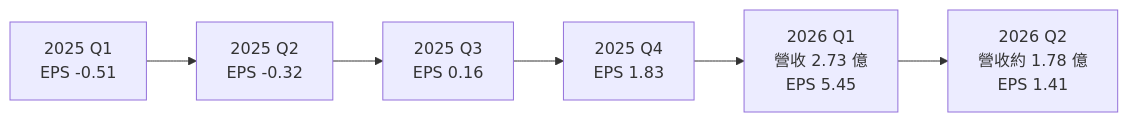
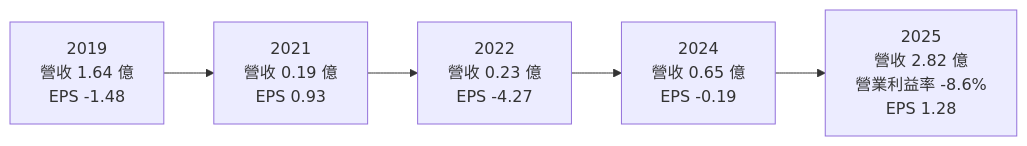
One commit to wangnick1004/taiwan-stock-vault changed the second of 3 diagrams in 個股/台股/3555博士旺.md. Above: the diagram before and after it, drawn with Mermaid. The commit also changed other lines of this file and 142 other files, not shown here.

````diff
--- a/個股/台股/3555博士旺.md
+++ b/個股/台股/3555博士旺.md
@@ -122,4 +126,4 @@
 ```mermaid
 flowchart LR
-    A["2025 Q1<br/>EPS -0.51"] --> B["2025 Q2<br/>EPS -0.32"] --> C["2025 Q3<br/>EPS 0.16"] --> D["2025 Q4<br/>EPS 1.83"] --> E["2026 Q1<br/>營收 2.73 億<br/>EPS 5.45"] --> F["2026 Q2<br/>營收約 1.78 億<br/>EPS 1.41"]
+    A["2019<br/>營收 1.64 億<br/>EPS -1.48"] --> B["2021<br/>營收 0.19 億<br/>EPS 0.93"] --> C["2022<br/>營收 0.23 億<br/>EPS -4.27"] --> D["2024<br/>營收 0.65 億<br/>EPS -0.19"] --> E["2025<br/>營收 2.82 億<br/>營業利益率 -8.6%<br/>EPS 1.28"]
 ```
````
